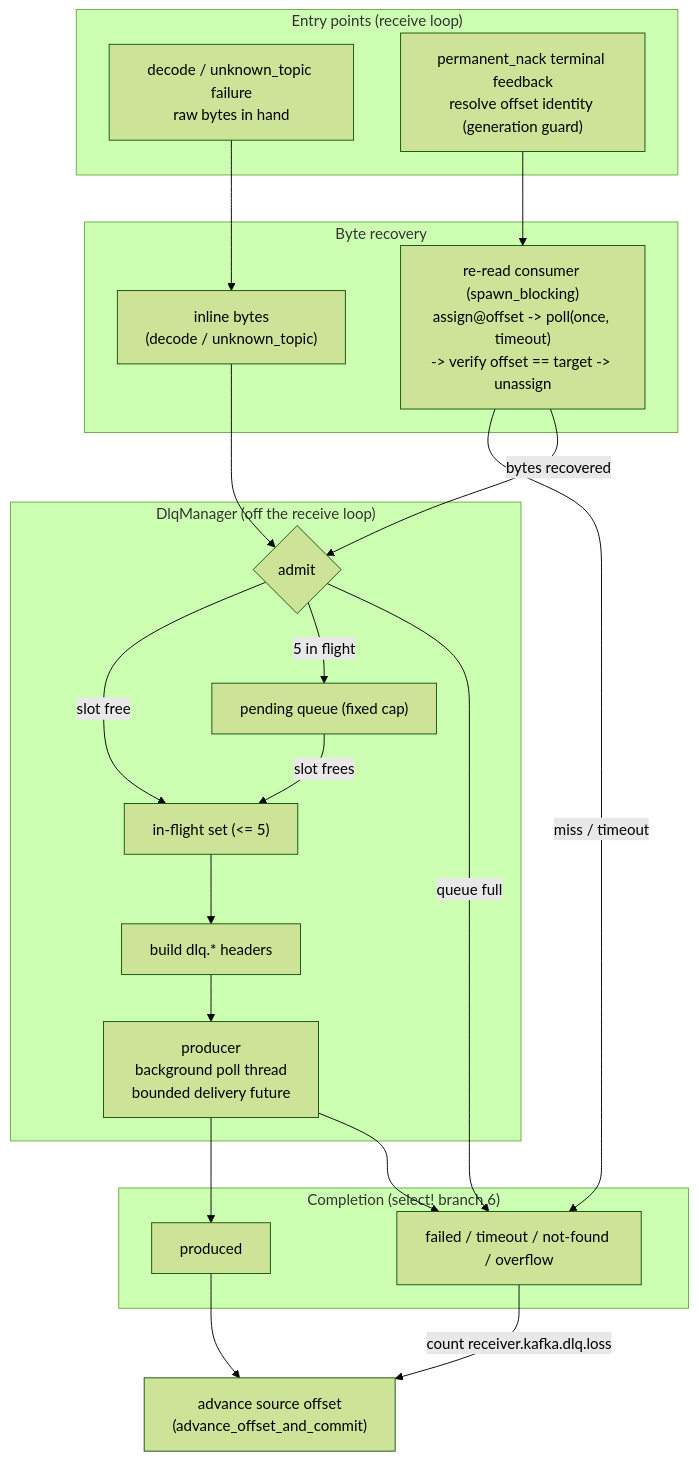
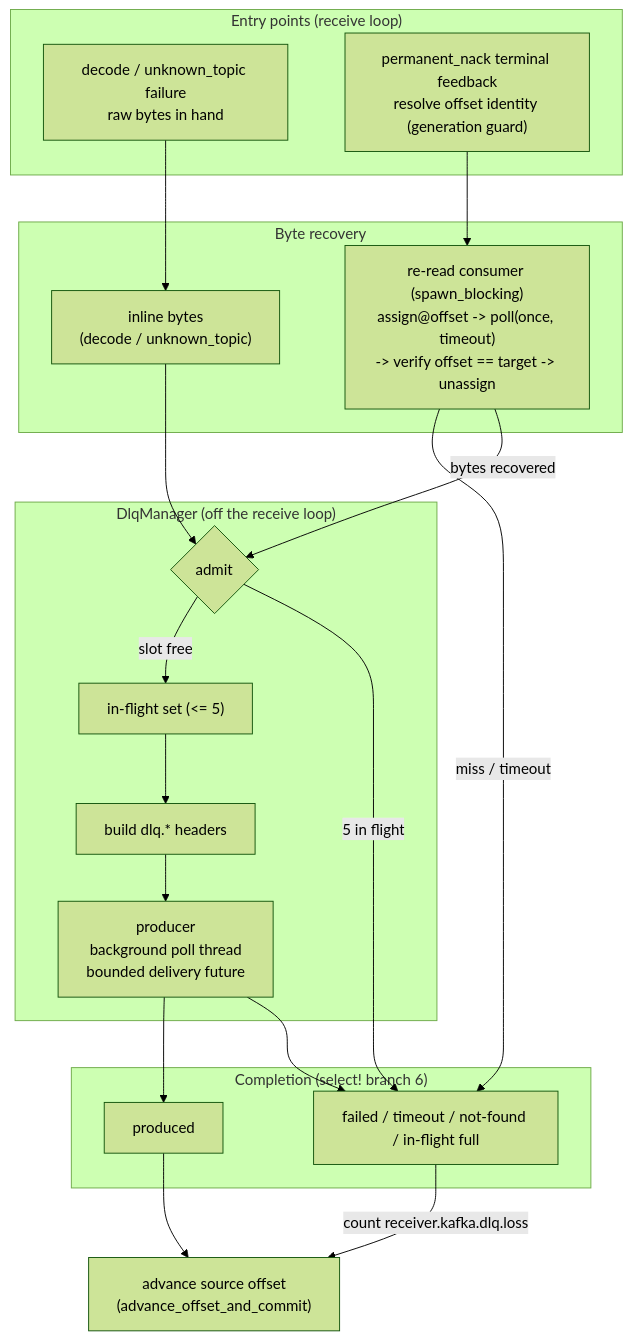
The sixth of 7 diagrams in rust/otap-dataflow/crates/contrib-nodes/src/receivers/kafka_receiver/ARCHITECTURE.md (open-telemetry/otel-arrow), drawn with Mermaid (forest theme) before and after one commit. The commit also changed other lines of this file and 8 other files, not shown here.

````diff
--- a/rust/otap-dataflow/crates/contrib-nodes/src/receivers/kafka_receiver/ARCHITECTURE.md
+++ b/rust/otap-dataflow/crates/contrib-nodes/src/receivers/kafka_receiver/ARCHITECTURE.md
@@ -322,42 +322,39 @@
 ```mermaid
 flowchart TD
     subgraph ENTRY["Entry points (receive loop)"]
         DEC["decode / unknown_topic failure<br/>raw bytes in hand"]
         PNK["permanent_nack terminal feedback<br/>resolve offset identity (generation guard)"]
     end
 
     subgraph RECOVER["Byte recovery"]
         INLINE["inline bytes<br/>(decode / unknown_topic)"]
         RR["re-read consumer (spawn_blocking)<br/>assign@offset -> poll(once, timeout)<br/>-> verify offset == target -> unassign"]
     end
 
     subgraph MGR["DlqManager (off the receive loop)"]
         ADMIT{"admit"}
         INFLT["in-flight set (&lt;= 5)"]
-        QUEUE["pending queue (fixed cap)"]
         HDR["build dlq.* headers"]
         PROD["producer<br/>background poll thread<br/>bounded delivery future"]
     end
 
     subgraph DONE["Completion (select! branch 6)"]
         OK["produced"]
-        LOSS["failed / timeout / not-found / overflow"]
+        LOSS["failed / timeout / not-found / in-flight full"]
     end
 
     ADVANCE["advance source offset<br/>(advance_offset_and_commit)"]
 
     DEC --> INLINE
     PNK --> RR
     RR -->|"miss / timeout"| LOSS
     INLINE --> ADMIT
     RR -->|"bytes recovered"| ADMIT
     ADMIT -->|"slot free"| INFLT
-    ADMIT -->|"5 in flight"| QUEUE
-    ADMIT -->|"queue full"| LOSS
-    QUEUE -->|"slot frees"| INFLT
+    ADMIT -->|"5 in flight"| LOSS
     INFLT --> HDR --> PROD
     PROD --> OK
     PROD --> LOSS
     OK --> ADVANCE
     LOSS -->|"count receiver.kafka.dlq.loss"| ADVANCE
 ```
````
